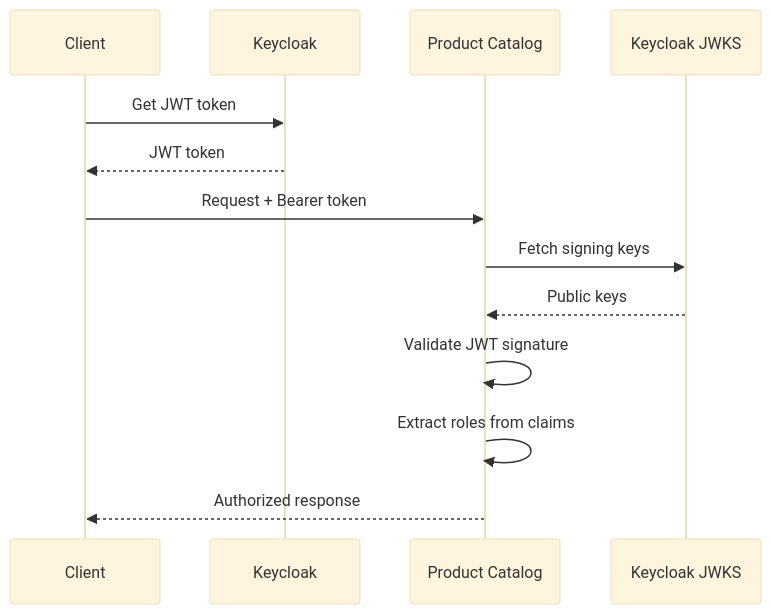
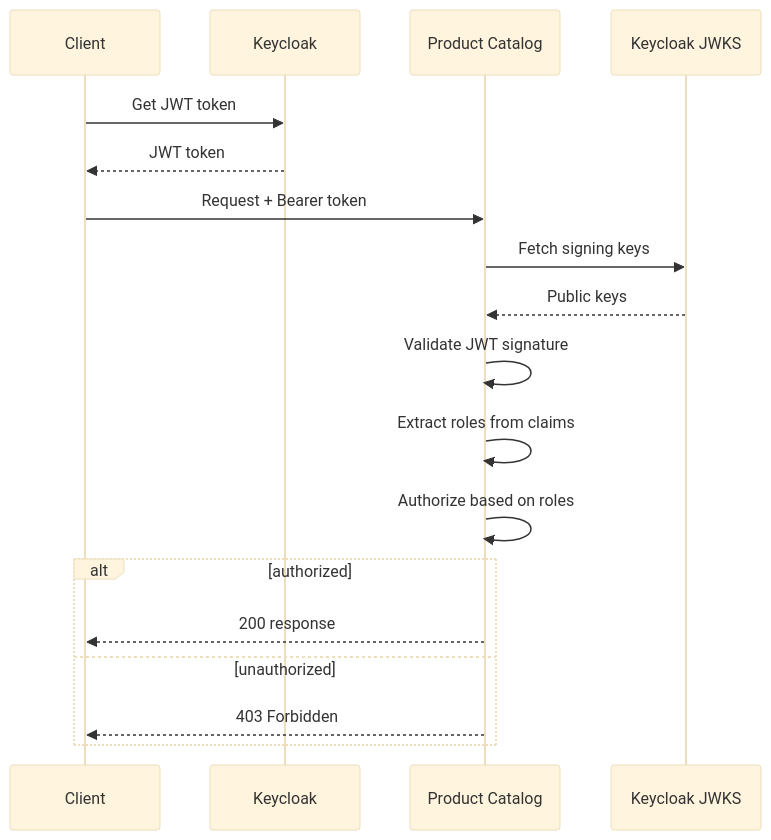
The second of 2 diagrams in docs/architecture/README.md (wilddog64/shopping-cart-product-catalog), drawn with Mermaid (base theme) before and after one commit. The commit also changed other lines of this file, not shown here.

Commit message:
docs: fix Copilot findings — subgraph id conflict, add role authorization step to auth flow

````diff
--- a/docs/architecture/README.md
+++ b/docs/architecture/README.md
@@ -124,16 +124,21 @@
 ```mermaid
 sequenceDiagram
     participant C as Client
     participant KC as Keycloak
     participant PC as Product Catalog
     participant JWKS as Keycloak JWKS
 
     C->>KC: Get JWT token
     KC-->>C: JWT token
     C->>PC: Request + Bearer token
     PC->>JWKS: Fetch signing keys
     JWKS-->>PC: Public keys
     PC->>PC: Validate JWT signature
     PC->>PC: Extract roles from claims
-    PC-->>C: Authorized response
+    PC->>PC: Authorize based on roles
+    alt authorized
+        PC-->>C: 200 response
+    else unauthorized
+        PC-->>C: 403 Forbidden
+    end
 ```
````
